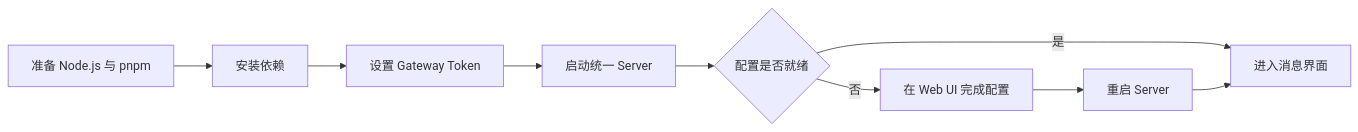
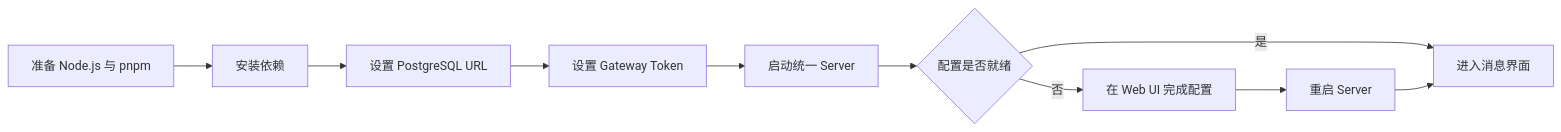
The diagram in docs/guide/index.md (posanbu/Kaguya), drawn with Mermaid before and after one commit. The commit also changed other lines of this file and 26 other files, not shown here.

First line of the commit message:
feat(database): 完成 PostgreSQL 信息账本切换 (#62)

````diff
--- a/docs/guide/index.md
+++ b/docs/guide/index.md
@@ -26,11 +26,12 @@
 ```mermaid
 flowchart LR
   A[准备 Node.js 与 pnpm] --> B[安装依赖]
-  B --> C[设置 Gateway Token]
-  C --> D[启动统一 Server]
-  D --> E{配置是否就绪}
-  E -- 否 --> F[在 Web UI 完成配置]
-  F --> G[重启 Server]
-  E -- 是 --> H[进入消息界面]
-  G --> H
+  B --> C[设置 PostgreSQL URL]
+  C --> D[设置 Gateway Token]
+  D --> E[启动统一 Server]
+  E --> F{配置是否就绪}
+  F -- 否 --> G[在 Web UI 完成配置]
+  G --> H[重启 Server]
+  F -- 是 --> I[进入消息界面]
+  H --> I
 ```
````
